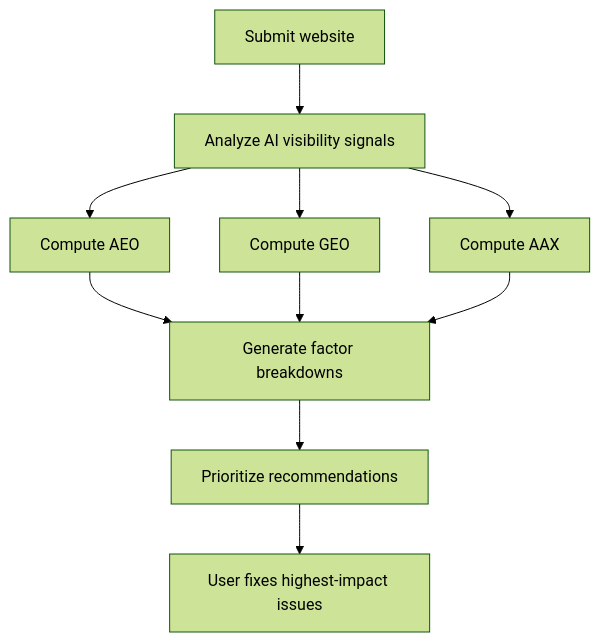
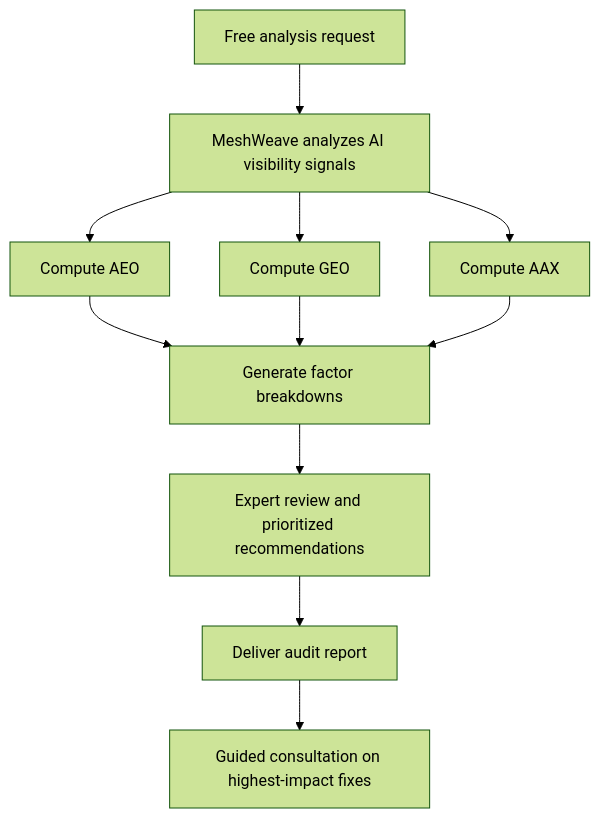
Before and after one commit to malvavisc0/meshweave: the diagram in docs/product-overview.md, drawn with Mermaid (forest theme). The commit also changed other lines of this file, not shown here.

````diff
--- a/docs/product-overview.md
+++ b/docs/product-overview.md
@@ -169,12 +125,13 @@
 ```mermaid
 flowchart TD
-  A[Submit website] --> B[Analyze AI visibility signals]
+  A[Free analysis request] --> B[MeshWeave analyzes AI visibility signals]
   B --> C[Compute AEO]
   B --> D[Compute GEO]
   B --> E[Compute AAX]
   C --> F[Generate factor breakdowns]
   D --> F
   E --> F
-  F --> G[Prioritize recommendations]
-  G --> H[User fixes highest-impact issues]
+  F --> G[Expert review and prioritized recommendations]
+  G --> H[Deliver audit report]
+  H --> I[Guided consultation on highest-impact fixes]
 ```
````
